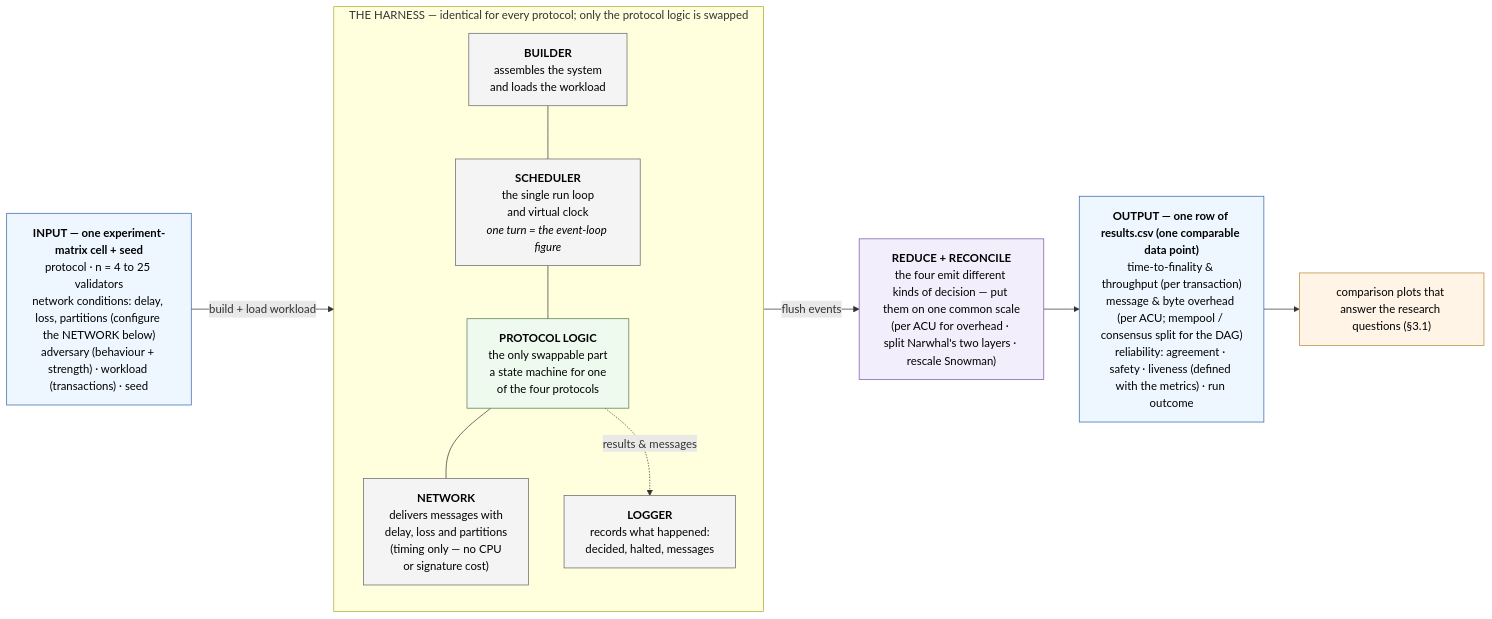
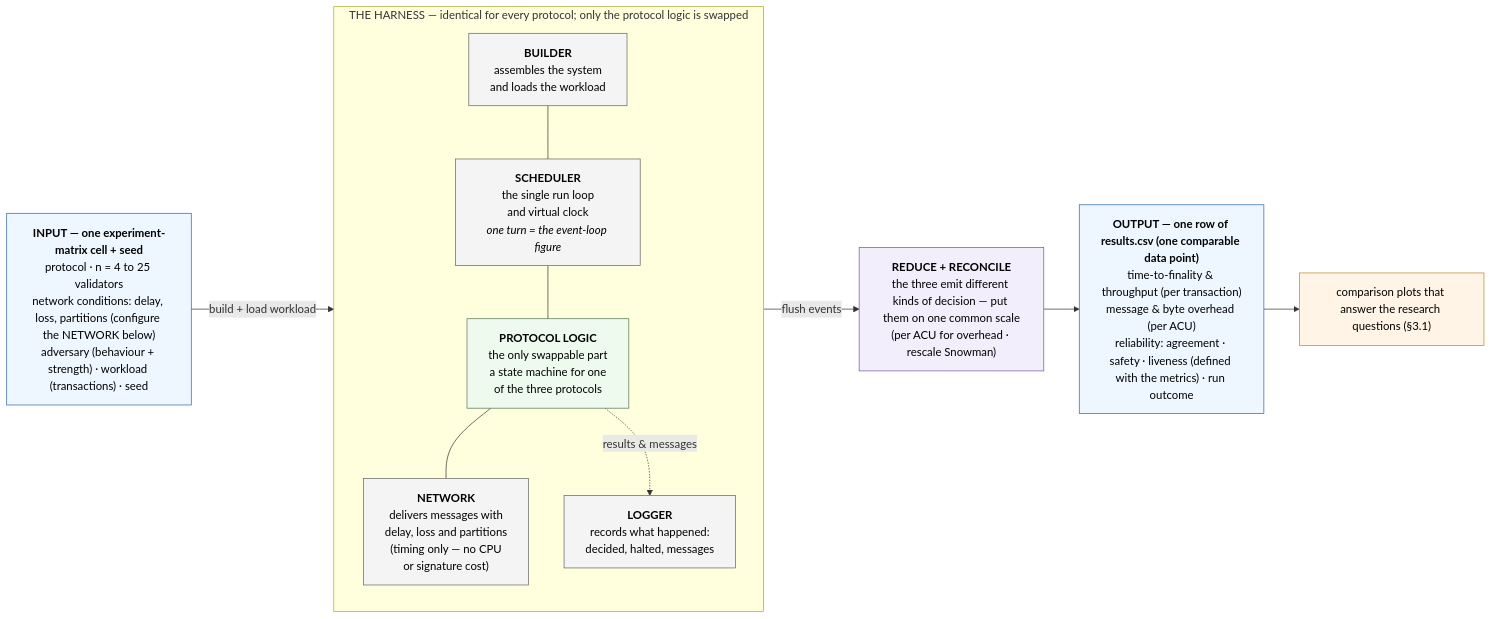
The diagram in wiki/diagrams/runtime/architecture.md (palhs/thesis), drawn with Mermaid before and after one commit. The commit also changed other lines of this file and 12 other files, not shown here.

````diff
--- a/wiki/diagrams/runtime/architecture.md
+++ b/wiki/diagrams/runtime/architecture.md
@@ -21,37 +21,37 @@
 ```mermaid
 flowchart LR
     IN["<b>INPUT — one experiment-matrix cell + seed</b><br/>protocol · n = 4 to 25 validators<br/>network conditions: delay, loss, partitions (configure the NETWORK below)<br/>adversary (behaviour + strength) · workload (transactions) · seed"]
 
     subgraph HARNESS["THE HARNESS — identical for every protocol; only the protocol logic is swapped"]
         direction TB
         HB["<b>BUILDER</b><br/>assembles the system<br/>and loads the workload"]
         SCH["<b>SCHEDULER</b><br/>the single run loop<br/>and virtual clock<br/><i>one turn = the event-loop figure</i>"]
-        SLOT["<b>PROTOCOL LOGIC</b><br/>the only swappable part<br/>a state machine for one<br/>of the four protocols"]
+        SLOT["<b>PROTOCOL LOGIC</b><br/>the only swappable part<br/>a state machine for one<br/>of the three protocols"]
         NET["<b>NETWORK</b><br/>delivers messages with<br/>delay, loss and partitions<br/>(timing only — no CPU<br/>or signature cost)"]
         LOG["<b>LOGGER</b><br/>records what happened:<br/>decided, halted, messages"]
         HB --- SCH
         SCH --- SLOT
         SLOT --- NET
         SLOT -. "results &amp; messages" .-> LOG
     end
 
-    RED["<b>REDUCE + RECONCILE</b><br/>the four emit different kinds of decision — put them on one common scale<br/>(per ACU for overhead · split Narwhal's two layers · rescale Snowman)"]
-    OUT["<b>OUTPUT — one row of results.csv (one comparable data point)</b><br/>time-to-finality &amp; throughput (per transaction)<br/>message &amp; byte overhead (per ACU; mempool / consensus split for the DAG)<br/>reliability: agreement · safety · liveness (defined with the metrics) · run outcome"]
+    RED["<b>REDUCE + RECONCILE</b><br/>the three emit different kinds of decision — put them on one common scale<br/>(per ACU for overhead · rescale Snowman)"]
+    OUT["<b>OUTPUT — one row of results.csv (one comparable data point)</b><br/>time-to-finality &amp; throughput (per transaction)<br/>message &amp; byte overhead (per ACU)<br/>reliability: agreement · safety · liveness (defined with the metrics) · run outcome"]
     RQ["comparison plots that answer the research questions (§3.1)"]
 
     IN -- "build + load workload" --> HARNESS
     HARNESS -- "flush events" --> RED
     RED --> OUT
     OUT --> RQ
 
     classDef io fill:#eef6ff,stroke:#3366aa,color:#000
     classDef eng fill:#f4f4f4,stroke:#666,color:#000
     classDef proto fill:#eefaee,stroke:#557755,color:#000
     classDef red fill:#f3eefb,stroke:#7755aa,color:#000
     classDef rq fill:#fff4e6,stroke:#bb8833,color:#000
     class IN,OUT io
     class RED red
     class RQ rq
     class HB,SCH,NET,LOG eng
     class SLOT proto
 ```
````
